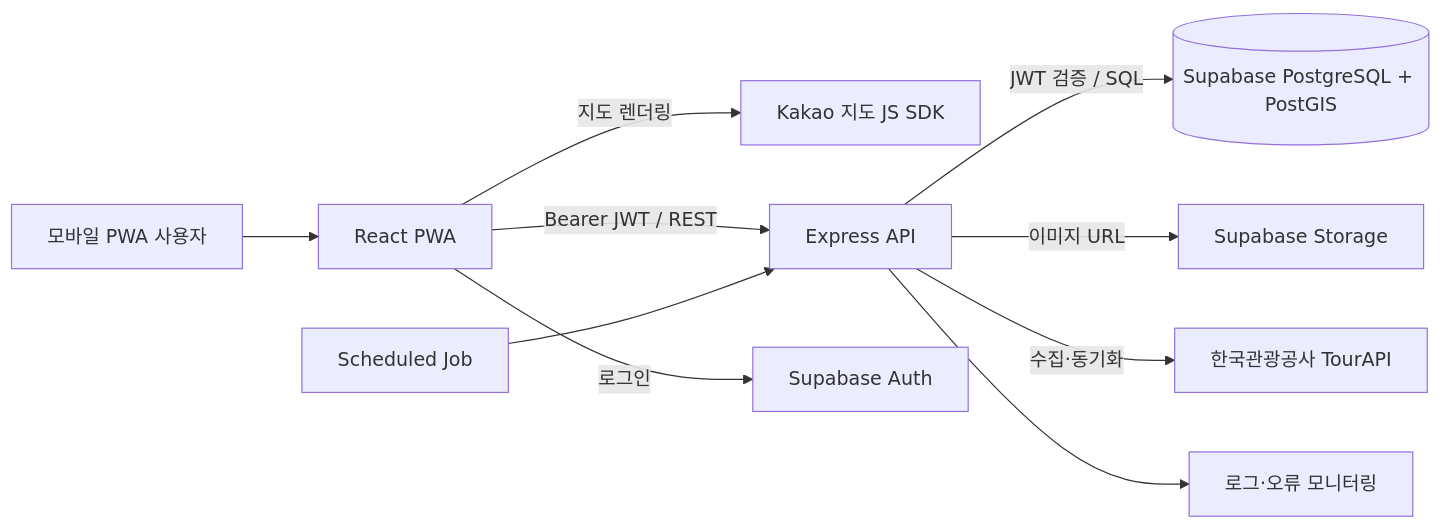
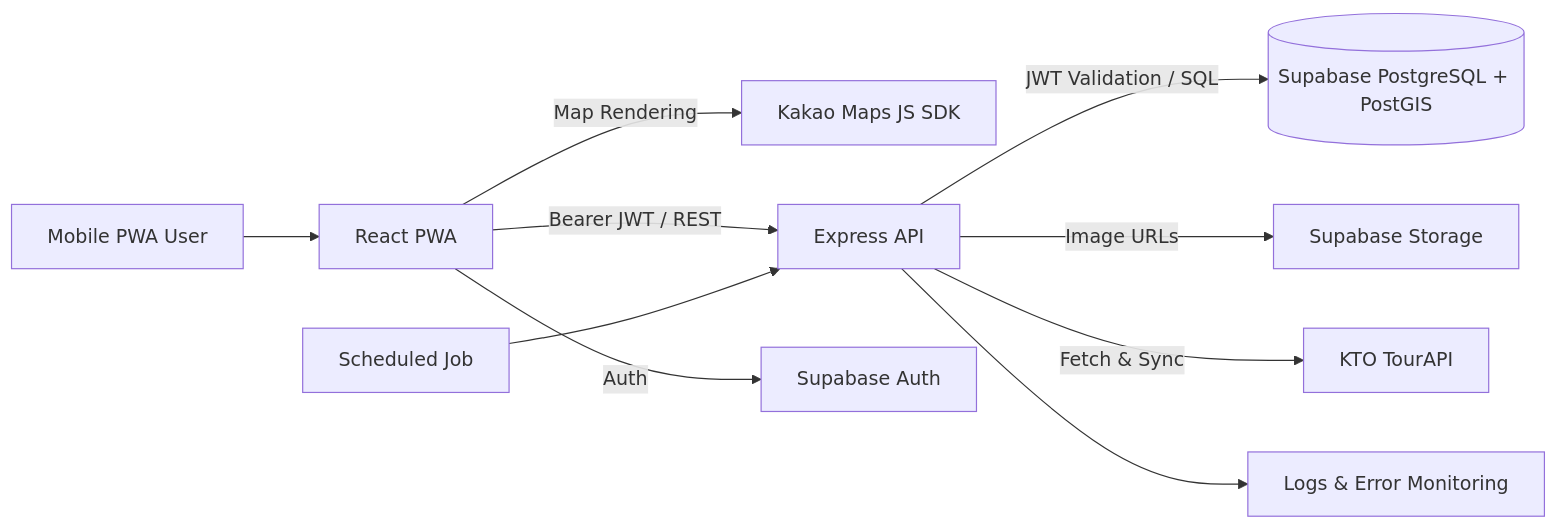
One commit to tim5106/LOCALFLAG_01 changed the first of 2 diagrams in LOCAL_FLAG_PROJECT.md. Above: the diagram before and after it, drawn with Mermaid. The commit also changed other lines of this file and 1 other file, not shown here.

````diff
--- a/LOCAL_FLAG_PROJECT.md
+++ b/LOCAL_FLAG_PROJECT.md
@@ -178,12 +178,13 @@
 ```mermaid
 flowchart LR
-    U[모바일 PWA 사용자] --> FE[React PWA]
-    FE -->|지도 렌더링| KM[Kakao 지도 JS SDK]
+    U[Mobile PWA User] --> FE[React PWA]
+    FE -->|Map Rendering| KM[Kakao Maps JS SDK]
     FE -->|Bearer JWT / REST| BE[Express API]
-    FE -->|로그인| AUTH[Supabase Auth]
-    BE -->|JWT 검증 / SQL| DB[(Supabase PostgreSQL + PostGIS)]
-    BE -->|이미지 URL| ST[Supabase Storage]
+    FE -->|Auth| AUTH[Supabase Auth]
+    BE -->|JWT Validation / SQL| DB[(Supabase PostgreSQL + PostGIS)]
+    BE -->|Image URLs| ST[Supabase Storage]
     JOB[Scheduled Job] --> BE
-    BE -->|수집·동기화| TOUR[한국관광공사 TourAPI]
-    BE --> OBS[로그·오류 모니터링]
+    BE -->|Fetch & Sync| TOUR[KTO TourAPI]
+    BE --> OBS[Logs & Error Monitoring]
+
 ```
````
